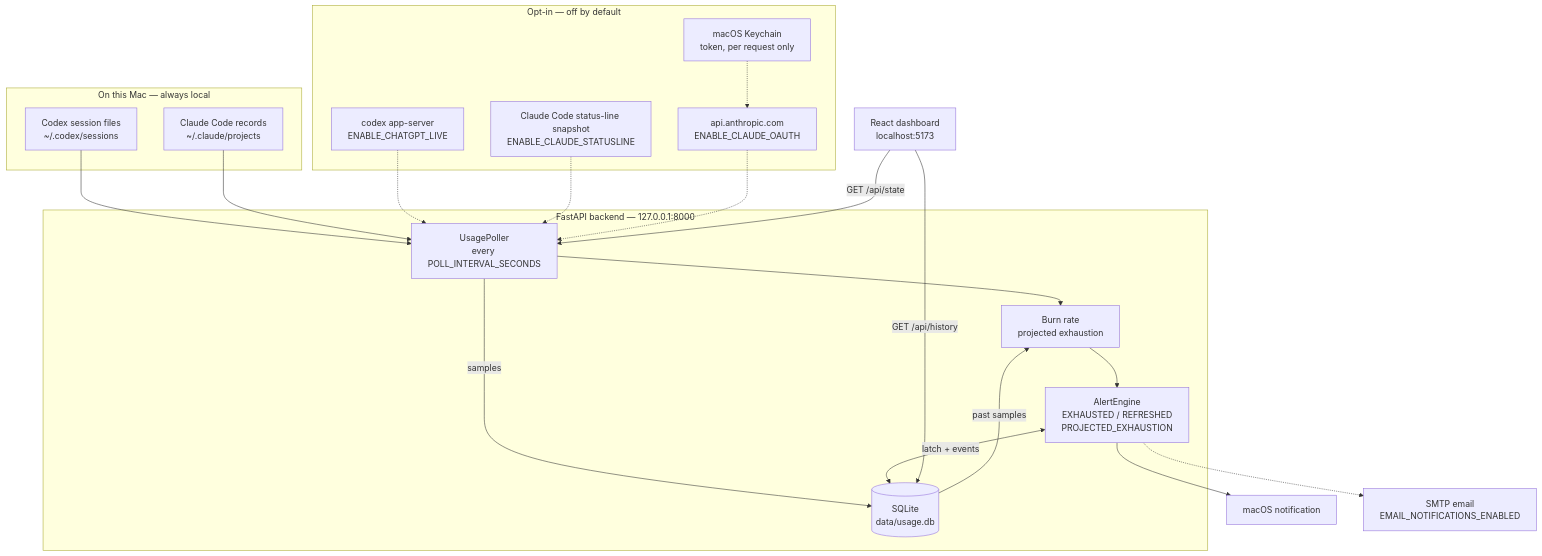
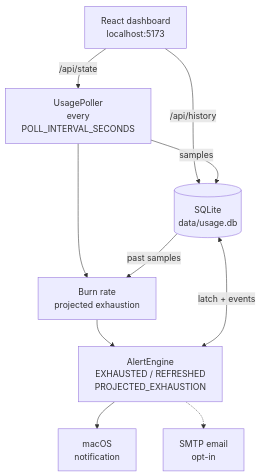
One commit to larryaus/Quota-Glass changed the second of 2 diagrams in README.md. Above: the diagram before and after it, drawn with Mermaid. The commit also changed other lines of this file, not shown here.

Commit message:
Split README architecture diagram for phone screens (#9)
The single flowchart rendered 2832px wide, so a phone scaled it to 13%
and the labels were unreadable. Split it into a narrow sources diagram
and a backend diagram, each under 480px wide.

Claude-Session: https://claude.ai/code/session_013DHtJsFisJ7KpwGpMKmySp

````diff
--- a/README.md
+++ b/README.md
@@ -38,42 +52,20 @@
 ```mermaid
 flowchart TB
-    subgraph onmac["On this Mac — always local"]
-        codexFiles["Codex session files<br/>~/.codex/sessions"]
-        claudeFiles["Claude Code records<br/>~/.claude/projects"]
-    end
+    ui["React dashboard<br/>localhost:5173"]
+    poller["UsagePoller<br/>every<br/>POLL_INTERVAL_SECONDS"]
+    db[("SQLite<br/>data/usage.db")]
+    burn["Burn rate<br/>projected exhaustion"]
+    alerts["AlertEngine<br/>EXHAUSTED / REFRESHED<br/>PROJECTED_EXHAUSTION"]
+    macos["macOS<br/>notification"]
+    email["SMTP email<br/>opt-in"]
 
-    subgraph optin["Opt-in — off by default"]
-        codexCli["codex app-server<br/>ENABLE_CHATGPT_LIVE"]
-        claudeStatus["Claude Code status-line snapshot<br/>ENABLE_CLAUDE_STATUSLINE"]
-        anthropic["api.anthropic.com<br/>ENABLE_CLAUDE_OAUTH"]
-        keychain["macOS Keychain<br/>token, per request only"]
-    end
-
-    subgraph backend["FastAPI backend — 127.0.0.1:8000"]
-        poller["UsagePoller<br/>every POLL_INTERVAL_SECONDS"]
-        burn["Burn rate<br/>projected exhaustion"]
-        alerts["AlertEngine<br/>EXHAUSTED / REFRESHED<br/>PROJECTED_EXHAUSTION"]
-        db[("SQLite<br/>data/usage.db")]
-    end
-
-    ui["React dashboard<br/>localhost:5173"]
-    macos["macOS notification"]
-    email["SMTP email<br/>EMAIL_NOTIFICATIONS_ENABLED"]
-
-    codexFiles --> poller
-    claudeFiles --> poller
-    codexCli -.-> poller
-    claudeStatus -.-> poller
-    keychain -.-> anthropic
-    anthropic -.-> poller
-
+    ui -->|/api/state| poller
+    ui -->|/api/history| db
+    poller -->|samples| db
     poller --> burn
     db -->|past samples| burn
     burn --> alerts
-    poller -->|samples| db
     alerts <-->|latch + events| db
     alerts --> macos
     alerts -.-> email
-    ui -->|"GET /api/state"| poller
-    ui -->|"GET /api/history"| db
 ```
````
